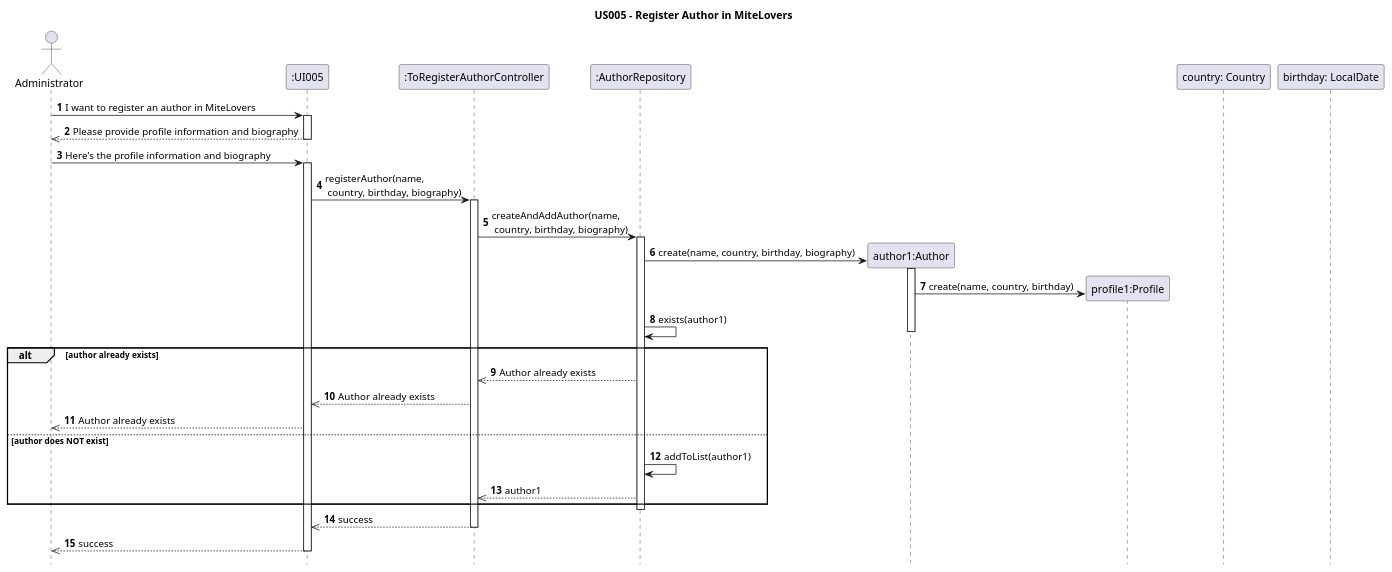
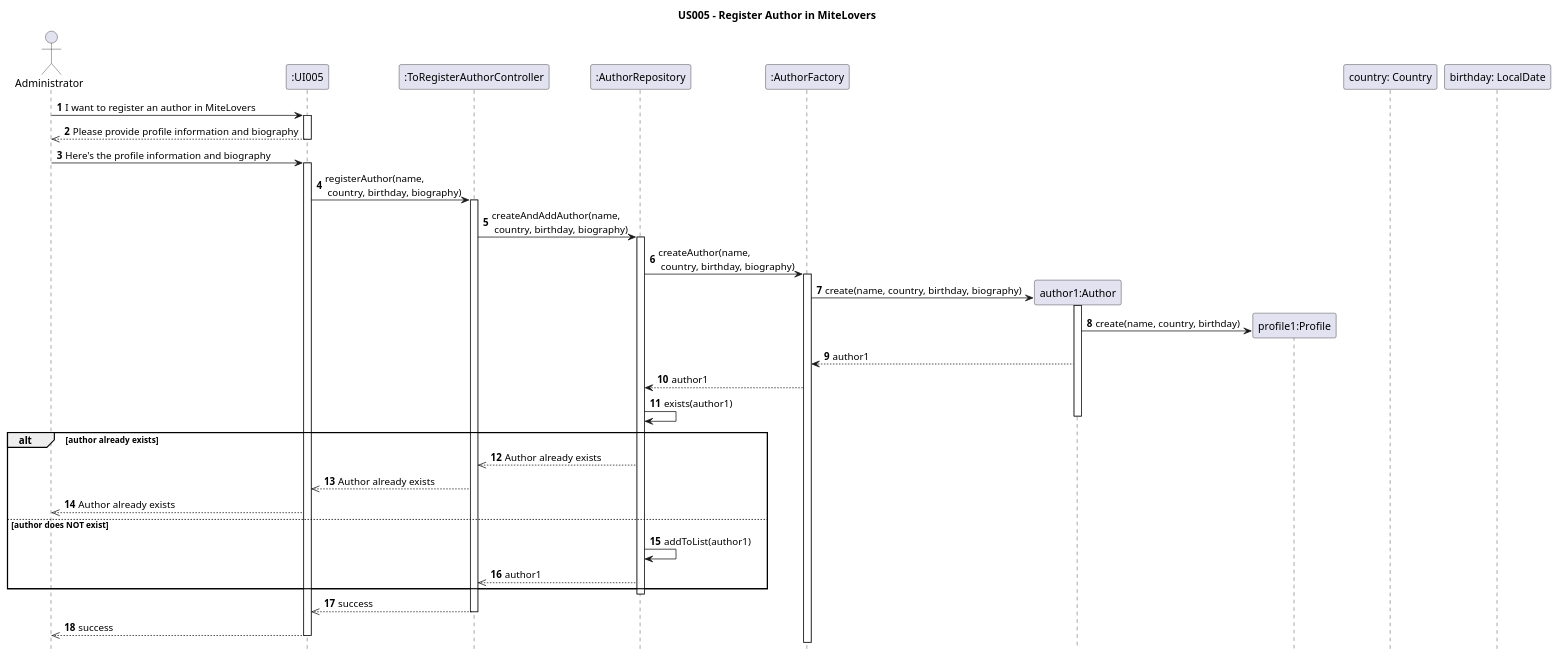
The diagram in Diagrams/SequenceDiagrams/N2/US005-to-register-an-author-in-MIteLovers.puml (AndrePereiraGitH/SWitCH-Project-Team_A), drawn with PlantUML before and after one commit. The commit also changed 1 other file, not shown here.

Commit message:
Working on #227, refactor(diagrams): integrate AuthorFactory into SD and CD

```diff
--- a/Diagrams/SequenceDiagrams/N2/US005-to-register-an-author-in-MIteLovers.puml
+++ b/Diagrams/SequenceDiagrams/N2/US005-to-register-an-author-in-MIteLovers.puml
@@ -1,62 +1,67 @@
 @startuml
 hide footbox
 title US005 - Register Author in MiteLovers
 
 actor Administrator
 participant ":UI005" as UI
 
 autoNumber
 
 
 participant ":ToRegisterAuthorController" as C
 
 
 
 participant ":AuthorRepository" as R
 
 Administrator -> UI :  I want to register an author in MiteLovers
 activate UI
 
 UI -->> Administrator :  Please provide profile information and biography
 deactivate
 
 Administrator -> UI :  Here's the profile information and biography
 activate UI
 UI -> C : registerAuthor(name, \n country, birthday, biography)
 activate C
 
 C -> R :  createAndAddAuthor(name, \n country, birthday, biography)
 activate R
 
-
+participant ":AuthorFactory" as F
+R -> F :  createAuthor(name, \n country, birthday, biography)
+activate F
 
  create participant "author1:Author" as A
- R -> A ++ : create(name, country, birthday, biography)
+ F-> A ++ : create(name, country, birthday, biography)
 
  create "profile1:Profile" as P
  A -> P : create(name, country, birthday)
+
+ A --> F : author1
+ F --> R : author1
 
  R -> R : exists(author1)
  deactivate A
 
 
 alt author already exists
   R -->> C : Author already exists
   C -->> UI : Author already exists
   UI -->> Administrator : Author already exists
 else author does NOT exist
   R -> R : addToList(author1)
   R -->> C :  author1
 end
 deactivate R
 C -->> UI :  success
 deactivate C
 
 UI -->> Administrator :  success
 deactivate UI
 
 
 participant "country: Country"
 participant "birthday: LocalDate"
 
 @enduml
```
